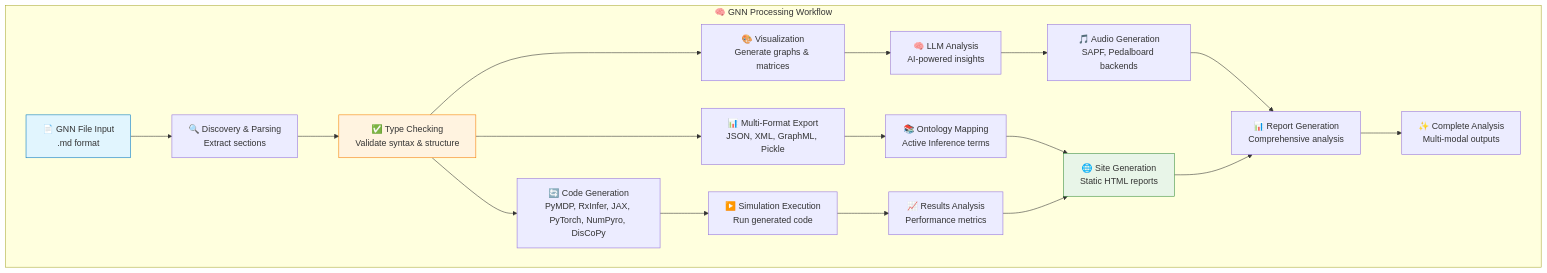
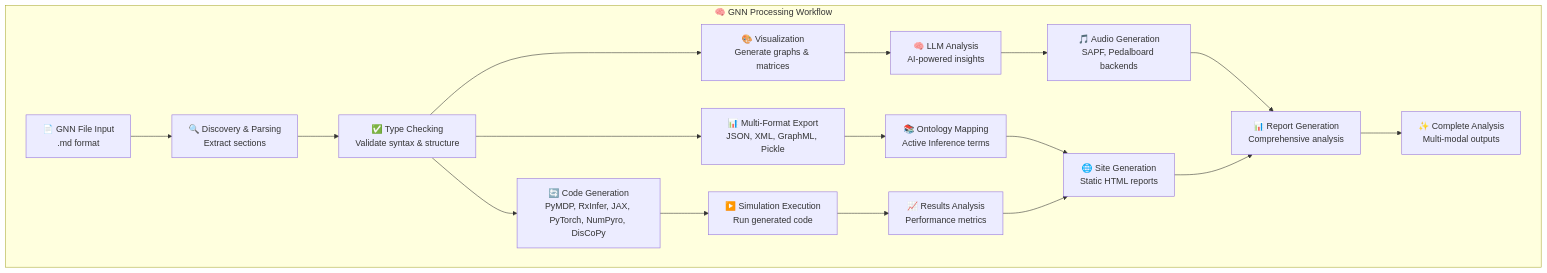
One commit to ActiveInferenceInstitute/GeneralizedNotationNotation changed the sixth of 8 diagrams in README.md. Above: the diagram before and after it, drawn with Mermaid. The commit also changed other lines of this file and 1038 other files, not shown here.

````diff
--- a/README.md
+++ b/README.md
@@ -529,29 +527,27 @@
 ```mermaid
 flowchart TD
     subgraph "🧠 GNN Processing Workflow"
         A["📄 GNN File Input<br/>.md format"] --> B["🔍 Discovery & Parsing<br/>Extract sections"]
         B --> C["✅ Type Checking<br/>Validate syntax & structure"]
         C --> D["📊 Multi-Format Export<br/>JSON, XML, GraphML, Pickle"]
         
         C --> E["🎨 Visualization<br/>Generate graphs & matrices"]
         C --> F["🔄 Code Generation<br/>PyMDP, RxInfer, JAX, PyTorch, NumPyro, DisCoPy"]
         
         F --> G["▶️ Simulation Execution<br/>Run generated code"]
         E --> H["🧠 LLM Analysis<br/>AI-powered insights"]
         
         D --> I["📚 Ontology Mapping<br/>Active Inference terms"]
         G --> J["📈 Results Analysis<br/>Performance metrics"]
         H --> K["🎵 Audio Generation<br/>SAPF, Pedalboard backends"]
         
         I --> L["🌐 Site Generation<br/>Static HTML reports"]
         J --> L
         K --> M["📊 Report Generation<br/>Comprehensive analysis"]
         
         L --> M
         M --> N["✨ Complete Analysis<br/>Multi-modal outputs"]
     end
     
-    style A fill:#e1f5fe,stroke:#0277bd
-    style C fill:#fff3e0,stroke:#f57c00
-    style L fill:#e8f5e8,stroke:#388e3c
+    %% styling intentionally omitted (theme-controlled)
 ```
````
